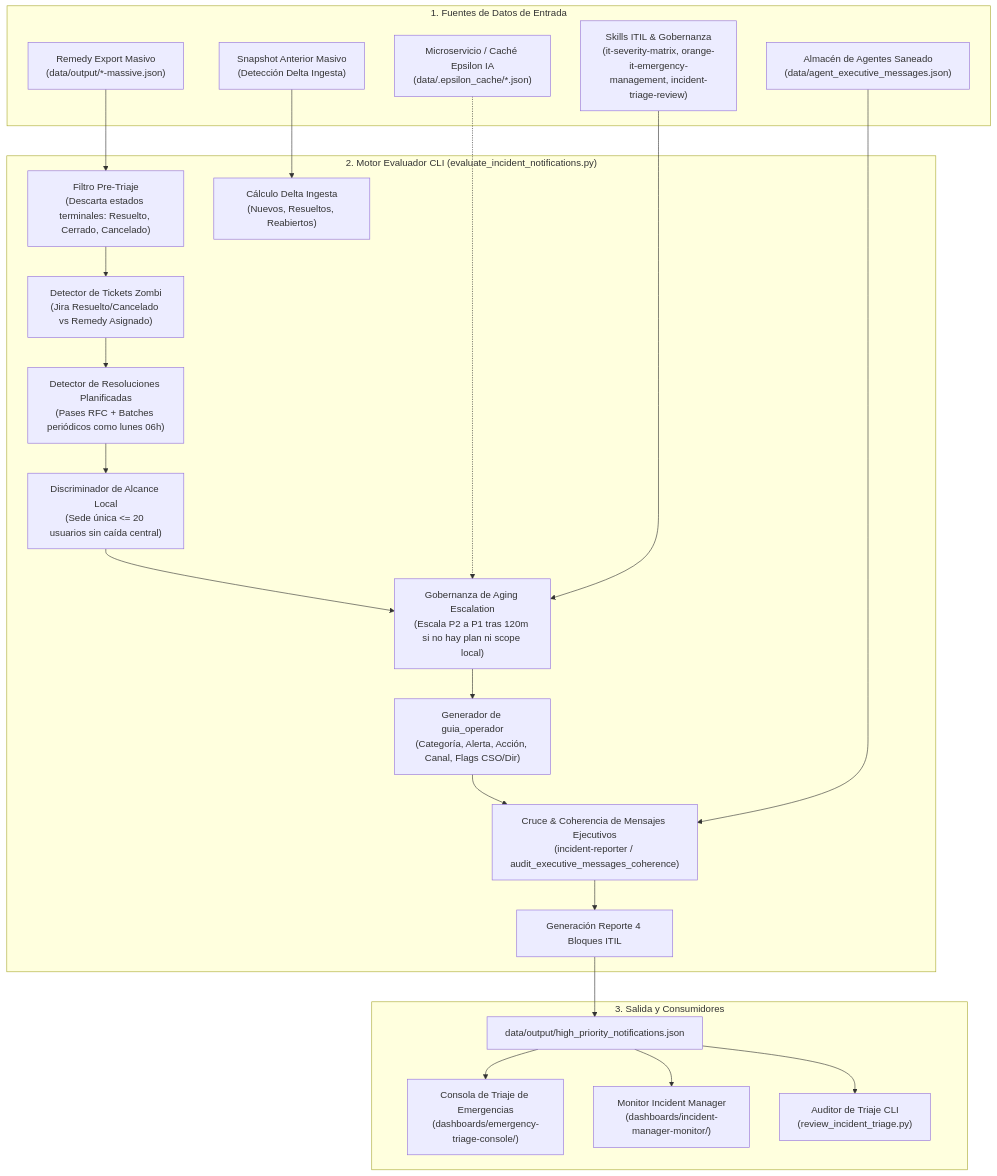
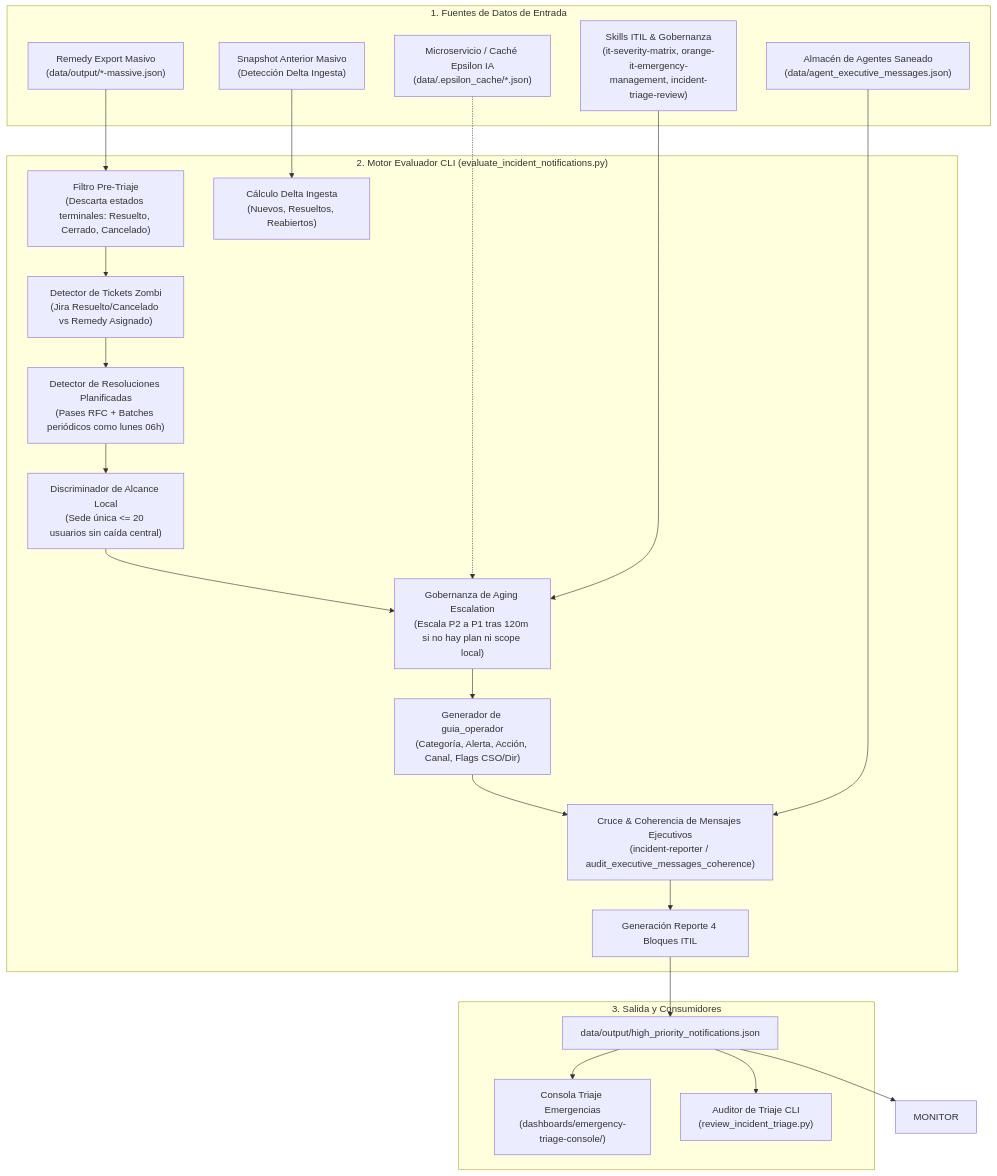
Before and after one commit to jfdelafuente/release-dashboard-application: the diagram in docs/02-gestion-emergencias/catalogo-alta-prioridad.md, drawn with Mermaid. The commit also changed other lines of this file and 23 other files, not shown here.

Commit message:
feat(dashboards): retirar incident-manager-monitor obsoleto preservando servicios y dependencias compartidas

````diff
--- a/docs/02-gestion-emergencias/catalogo-alta-prioridad.md
+++ b/docs/02-gestion-emergencias/catalogo-alta-prioridad.md
@@ -31,47 +31,47 @@
 ```mermaid
 flowchart TD
     subgraph Inputs["1. Fuentes de Datos de Entrada"]
         RMD["Remedy Export Masivo<br/>(data/output/*-massive.json)"]
         HIST["Snapshot Anterior Masivo<br/>(Detección Delta Ingesta)"]
         EPS["Microservicio / Caché Epsilon IA<br/>(data/.epsilon_cache/*.json)"]
         AG_STORE["Almacén de Agentes Saneado<br/>(data/agent_executive_messages.json)"]
         RULES["Skills ITIL & Gobernanza<br/>(it-severity-matrix, orange-it-emergency-management, incident-triage-review)"]
     end
 
     subgraph Engine["2. Motor Evaluador CLI (evaluate_incident_notifications.py)"]
         FILTER["Filtro Pre-Triaje<br/>(Descarta estados terminales: Resuelto, Cerrado, Cancelado)"]
         DELTA_CALC["Cálculo Delta Ingesta<br/>(Nuevos, Resueltos, Reabiertos)"]
         ZOMBIE_DET["Detector de Tickets Zombi<br/>(Jira Resuelto/Cancelado vs Remedy Asignado)"]
         PLAN_DET["Detector de Resoluciones Planificadas<br/>(Pases RFC + Batches periódicos como lunes 06h)"]
         SCOPE_DET["Discriminador de Alcance Local<br/>(Sede única <= 20 usuarios sin caída central)"]
         AGING_EVAL["Gobernanza de Aging Escalation<br/>(Escala P2 a P1 tras 120m si no hay plan ni scope local)"]
         GUIDE_GEN["Generador de guia_operador<br/>(Categoría, Alerta, Acción, Canal, Flags CSO/Dir)"]
         MSG_ALIGN["Cruce & Coherencia de Mensajes Ejecutivos<br/>(incident-reporter / audit_executive_messages_coherence)"]
         REPORT_GEN["Generación Reporte 4 Bloques ITIL"]
     end
 
     subgraph Output["3. Salida y Consumidores"]
         CATALOG["data/output/high_priority_notifications.json"]
         CONSOLE["Consola de Triaje de Emergencias<br/>(dashboards/emergency-triage-console/)"]
-        MONITOR["Monitor Incident Manager<br/>(dashboards/incident-manager-monitor/)"]
+        CONSOLE["Consola Triaje Emergencias<br/>(dashboards/emergency-triage-console/)"]
         AUDIT_CLI["Auditor de Triaje CLI<br/>(review_incident_triage.py)"]
     end
 
     RMD --> FILTER
     HIST --> DELTA_CALC
     FILTER --> ZOMBIE_DET
     ZOMBIE_DET --> PLAN_DET
     PLAN_DET --> SCOPE_DET
     SCOPE_DET --> AGING_EVAL
     EPS -.-> AGING_EVAL
     RULES --> AGING_EVAL
     AGING_EVAL --> GUIDE_GEN
     GUIDE_GEN --> MSG_ALIGN
     AG_STORE --> MSG_ALIGN
     MSG_ALIGN --> REPORT_GEN
     REPORT_GEN --> CATALOG
 
     CATALOG --> CONSOLE
     CATALOG --> MONITOR
     CATALOG --> AUDIT_CLI
 ```
````
